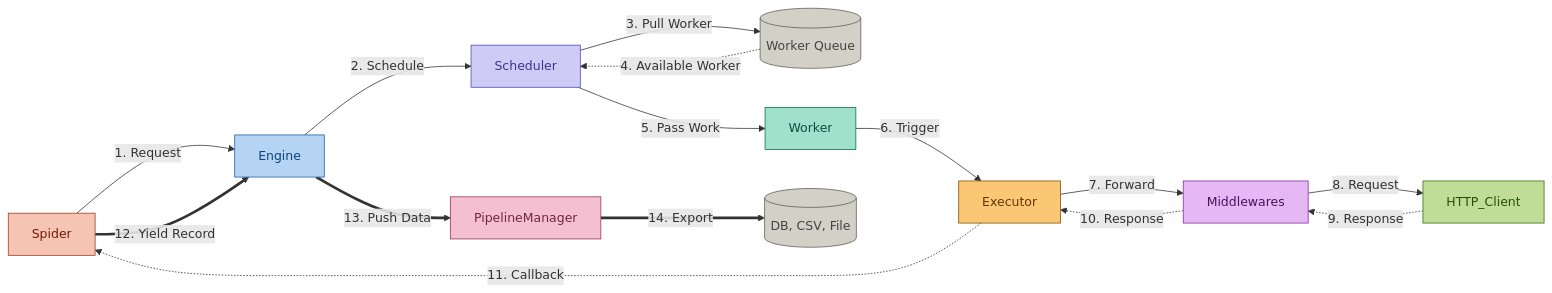
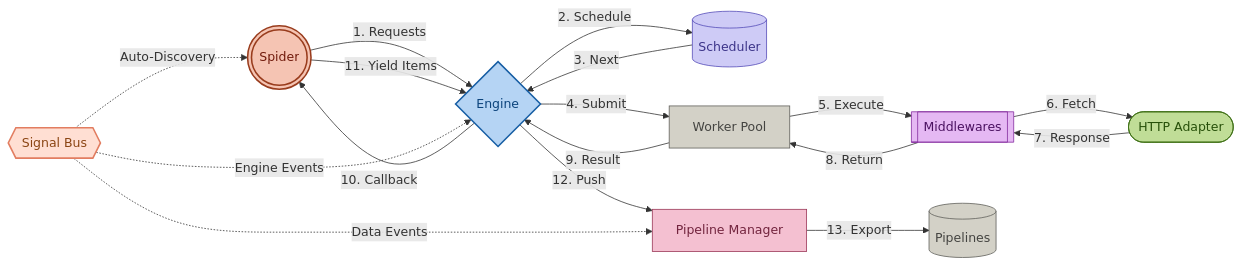
One commit to tech-engine/goscrapy changed the diagram in README.md. Above: the diagram before and after it, drawn with Mermaid. The commit also changed other lines of this file, not shown here.

````diff
--- a/README.md
+++ b/README.md
@@ -53,33 +54,45 @@
 ```mermaid
 flowchart LR
-    %% Request Flow
-    Spider -->|1. Request| Engine
-    Engine -->|2. Schedule| Scheduler
-    Scheduler -->|3. Pull Worker| WorkerQueue[(Worker Queue)]
-    WorkerQueue -.->|4. Available Worker| Scheduler
-    Scheduler -->|5. Pass Work| Worker
-    Worker -->|6. Trigger| Executor
-    Executor -->|7. Forward| Middlewares
-    Middlewares -->|8. Request| HTTP_Client
+    Spider(((Spider)))
+    Engine{Engine}
+    Scheduler[(Scheduler)]
+    WorkerPool[Worker Pool]
+    Middlewares[[Middlewares]]
+    HTTPAdapter([HTTP Adapter])
+    PipelineManager[Pipeline Manager]
+    Pipelines[(Pipelines)]
+    SignalBus{{Signal Bus}}
 
-    %% Response Flow
-    HTTP_Client -.->|9. Response| Middlewares
-    Middlewares -.->|10. Response| Executor
-    Executor -.->|11. Callback| Spider
+    %% Main Request/Response Loop
+    Spider -- 1. Requests --> Engine
+    Engine -- 2. Schedule --> Scheduler
+    Scheduler -- 3. Next --> Engine
+    Engine -- 4. Submit --> WorkerPool
+    WorkerPool -- 5. Execute --> Middlewares
+    Middlewares -- 6. Fetch --> HTTPAdapter
+    HTTPAdapter -- 7. Response --> Middlewares
+    Middlewares -- 8. Return --> WorkerPool
+    WorkerPool -- 9. Result --> Engine
+    Engine -- 10. Callback --> Spider
 
-    %% Data Flow
-    Spider ==>|12. Yield Record| Engine
-    Engine ==>|13. Push Data| PipelineManager
-    PipelineManager ==>|14. Export| Pipelines[(DB, CSV, File)]
+    %% Data Export Loop
+    Spider -- 11. Yield Items --> Engine
+    Engine -- 12. Push --> PipelineManager
+    PipelineManager -- 13. Export --> Pipelines
 
-    style Spider fill:#F5C4B3,stroke:#993C1D,stroke-width:1px,color:#711B0C
-    style Engine fill:#B5D4F4,stroke:#185FA5,stroke-width:1px,color:#0C447C
+    %% Signal Bus (Event System)
+    SignalBus -.-> |Auto-Discovery| Spider
+    SignalBus -.-> |Engine Events| Engine
+    SignalBus -.-> |Data Events| PipelineManager
+
+    %% Styling
+    style SignalBus fill:#FFDFD3,stroke:#E27D60,stroke-width:2px,color:#8B4513
+    style Spider fill:#F5C4B3,stroke:#993C1D,stroke-width:2px,color:#711B0C
+    style Engine fill:#B5D4F4,stroke:#185FA5,stroke-width:2px,color:#0C447C
     style Scheduler fill:#CECBF6,stroke:#534AB7,stroke-width:1px,color:#3C3489
-    style WorkerQueue fill:#D3D1C7,stroke:#5F5E5A,stroke-width:1px,color:#444441
-    style Worker fill:#9FE1CB,stroke:#0F6E56,stroke-width:1px,color:#085041
-    style Executor fill:#FAC775,stroke:#854F0B,stroke-width:1px,color:#633806
+    style WorkerPool fill:#D3D1C7,stroke:#5F5E5A,stroke-width:1px,color:#444441
     style Middlewares fill:#E5B8F3,stroke:#842B9E,stroke-width:1px,color:#4B1161
-    style HTTP_Client fill:#C0DD97,stroke:#3B6D11,stroke-width:1px,color:#27500A
+    style HTTPAdapter fill:#C0DD97,stroke:#3B6D11,stroke-width:1px,color:#27500A
     style PipelineManager fill:#F4C0D1,stroke:#993556,stroke-width:1px,color:#72243E
     style Pipelines fill:#D3D1C7,stroke:#5F5E5A,stroke-width:1px,color:#444441
 ```
````
